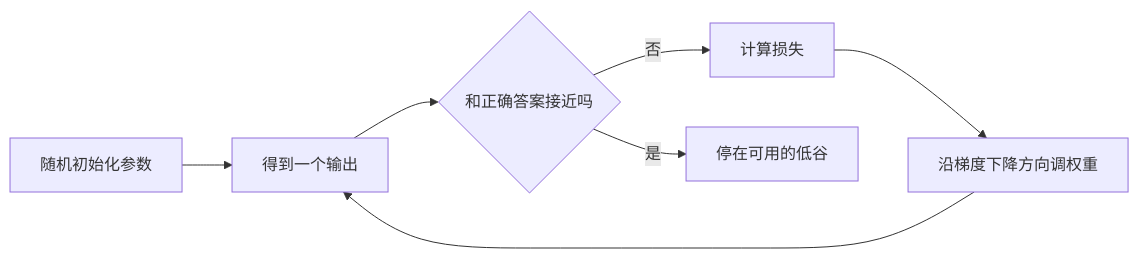
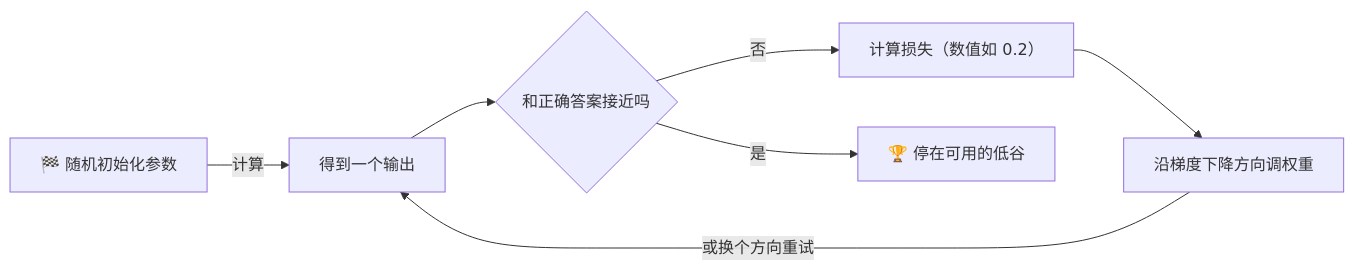
Before and after one commit to Lionad-Morotar/ppt: the first of 8 diagrams in ppt/claude-from-zero/slides.md, drawn with Mermaid. The commit also changed other lines of this file and 54 other files, not shown here.

````diff
--- a/ppt/claude-from-zero/slides.md
+++ b/ppt/claude-from-zero/slides.md
@@ -373,9 +315,9 @@
 ```mermaid {scale: 0.8}
 flowchart LR
-    A[随机初始化参数] --> B[得到一个输出]
+    A[🏁 随机初始化参数] -->|计算| B[得到一个输出]
     B --> C{和正确答案接近吗}
-    C -- 否 --> D[计算损失]
+    C -- 否 --> D[计算损失（数值如 0.2）]
     D --> E[沿梯度下降方向调权重]
-    E --> B
-    C -- 是 --> F[停在可用的低谷]
+    E -->|或换个方向重试| B
+    C -- 是 --> F[🏆 停在可用的低谷]
 ```
````
